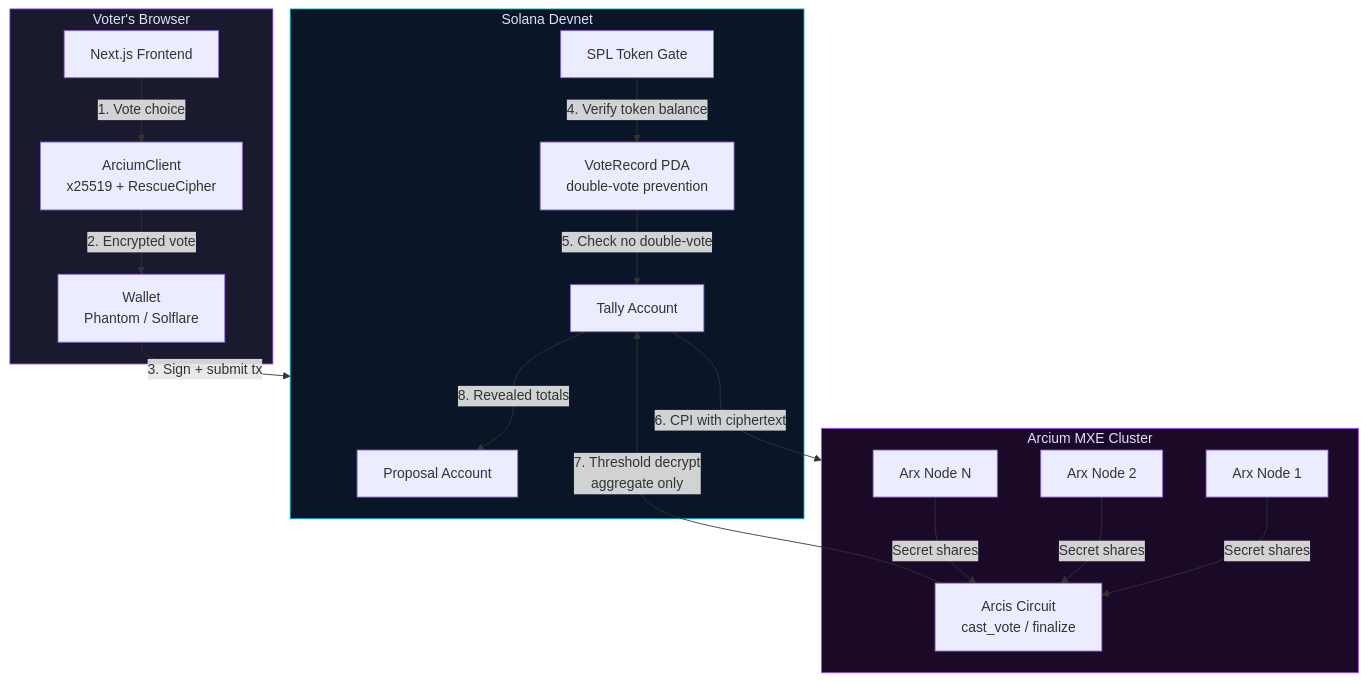
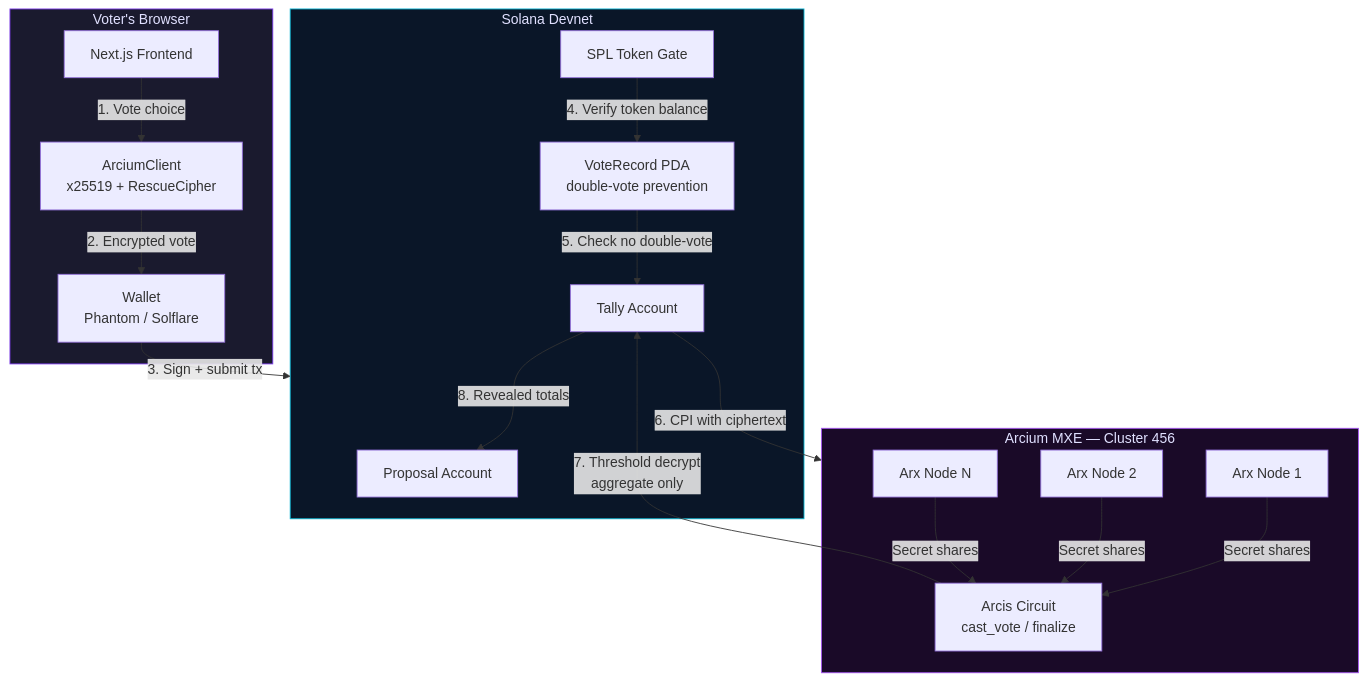
Before and after one commit to Ridwannurudeen/private-dao-voting: the diagram in README.md, drawn with Mermaid. The commit also changed other lines of this file, not shown here.

Commit message:
docs: update README for Cluster 456 production mode and MXE integration

````diff
--- a/README.md
+++ b/README.md
@@ -218,36 +209,36 @@
 ```mermaid
 flowchart TB
     subgraph Browser["Voter's Browser"]
         W[Wallet<br/>Phantom / Solflare]
         AC[ArciumClient<br/>x25519 + RescueCipher]
         UI[Next.js Frontend]
     end
 
     subgraph Solana["Solana Devnet"]
         P[Proposal Account]
         VR[VoteRecord PDA<br/>double-vote prevention]
         T[Tally Account]
         TG[SPL Token Gate]
     end
 
-    subgraph Arcium["Arcium MXE Cluster"]
+    subgraph Arcium["Arcium MXE — Cluster 456"]
         N1[Arx Node 1]
         N2[Arx Node 2]
         N3[Arx Node N]
         C[Arcis Circuit<br/>cast_vote / finalize]
     end
 
     UI -->|1. Vote choice| AC
     AC -->|2. Encrypted vote| W
     W -->|3. Sign + submit tx| Solana
     TG -->|4. Verify token balance| VR
     VR -->|5. Check no double-vote| T
     T -->|6. CPI with ciphertext| Arcium
     N1 & N2 & N3 -->|Secret shares| C
     C -->|7. Threshold decrypt<br/>aggregate only| T
     T -->|8. Revealed totals| P
 
     style Browser fill:#1a1a2e,stroke:#7c3aed,color:#e0e0ff
     style Solana fill:#0a1628,stroke:#06b6d4,color:#e0e0ff
     style Arcium fill:#1a0a28,stroke:#a855f7,color:#e0e0ff
 ```
````
